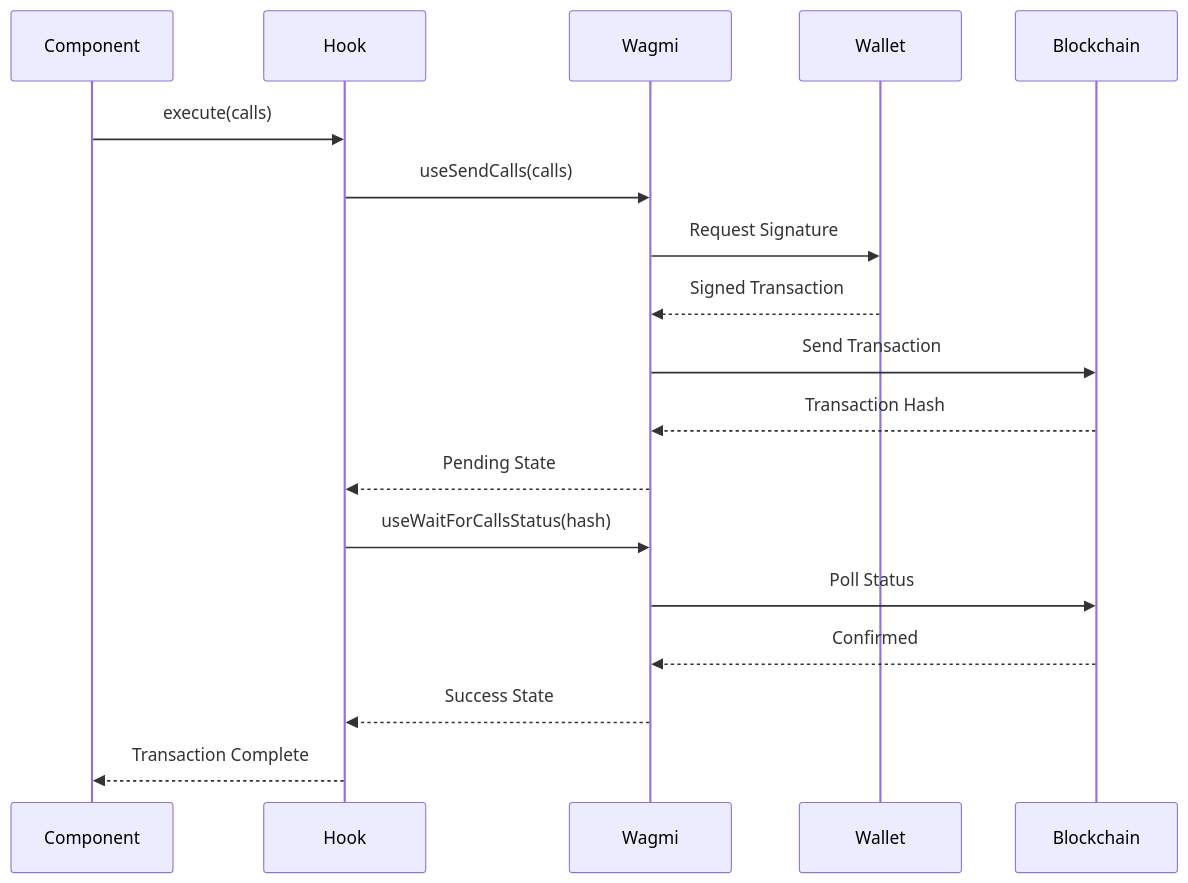
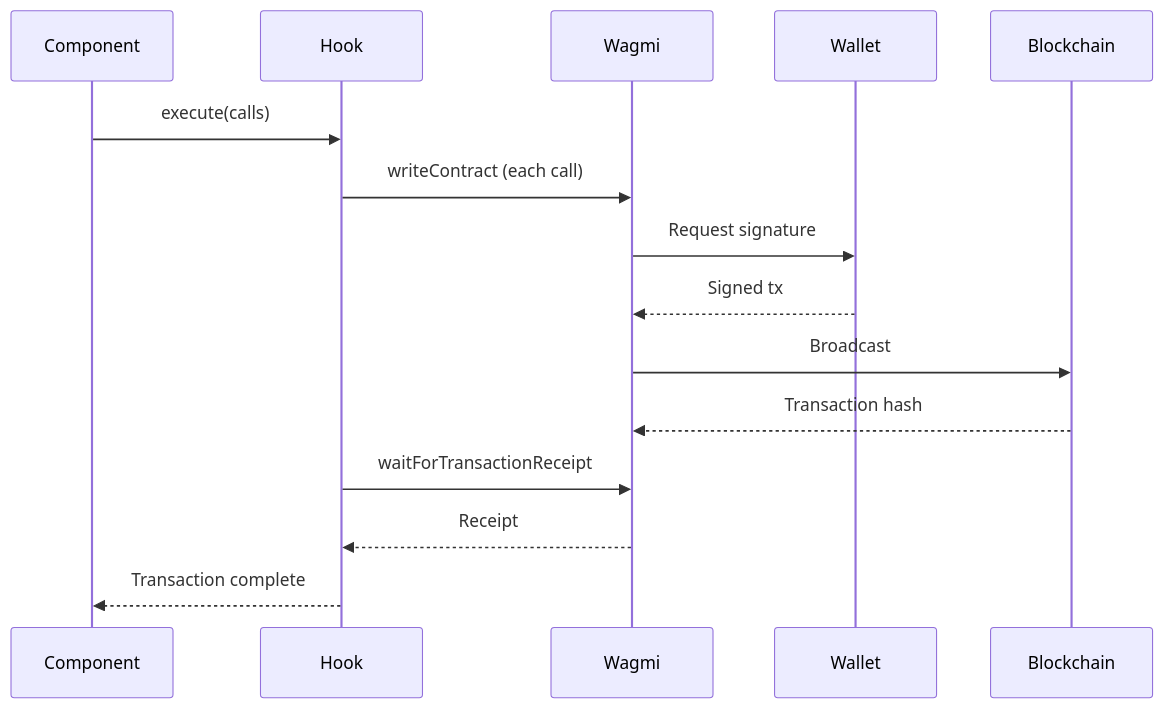
One commit to MagRelo/cut changed the sixth of 8 diagrams in spec/client/data-flow.md. Above: the diagram before and after it, drawn with Mermaid. The commit also changed other lines of this file and 62 other files, not shown here.

````diff
--- a/spec/client/data-flow.md
+++ b/spec/client/data-flow.md
@@ -113,21 +113,18 @@
 ```mermaid
 sequenceDiagram
     participant Component
     participant Hook
     participant Wagmi
     participant Wallet
     participant Blockchain
     
     Component->>Hook: execute(calls)
-    Hook->>Wagmi: useSendCalls(calls)
-    Wagmi->>Wallet: Request Signature
-    Wallet-->>Wagmi: Signed Transaction
-    Wagmi->>Blockchain: Send Transaction
-    Blockchain-->>Wagmi: Transaction Hash
-    Wagmi-->>Hook: Pending State
-    Hook->>Wagmi: useWaitForCallsStatus(hash)
-    Wagmi->>Blockchain: Poll Status
-    Blockchain-->>Wagmi: Confirmed
-    Wagmi-->>Hook: Success State
-    Hook-->>Component: Transaction Complete
+    Hook->>Wagmi: writeContract (each call)
+    Wagmi->>Wallet: Request signature
+    Wallet-->>Wagmi: Signed tx
+    Wagmi->>Blockchain: Broadcast
+    Blockchain-->>Wagmi: Transaction hash
+    Hook->>Wagmi: waitForTransactionReceipt
+    Wagmi-->>Hook: Receipt
+    Hook-->>Component: Transaction complete
 ```
````
